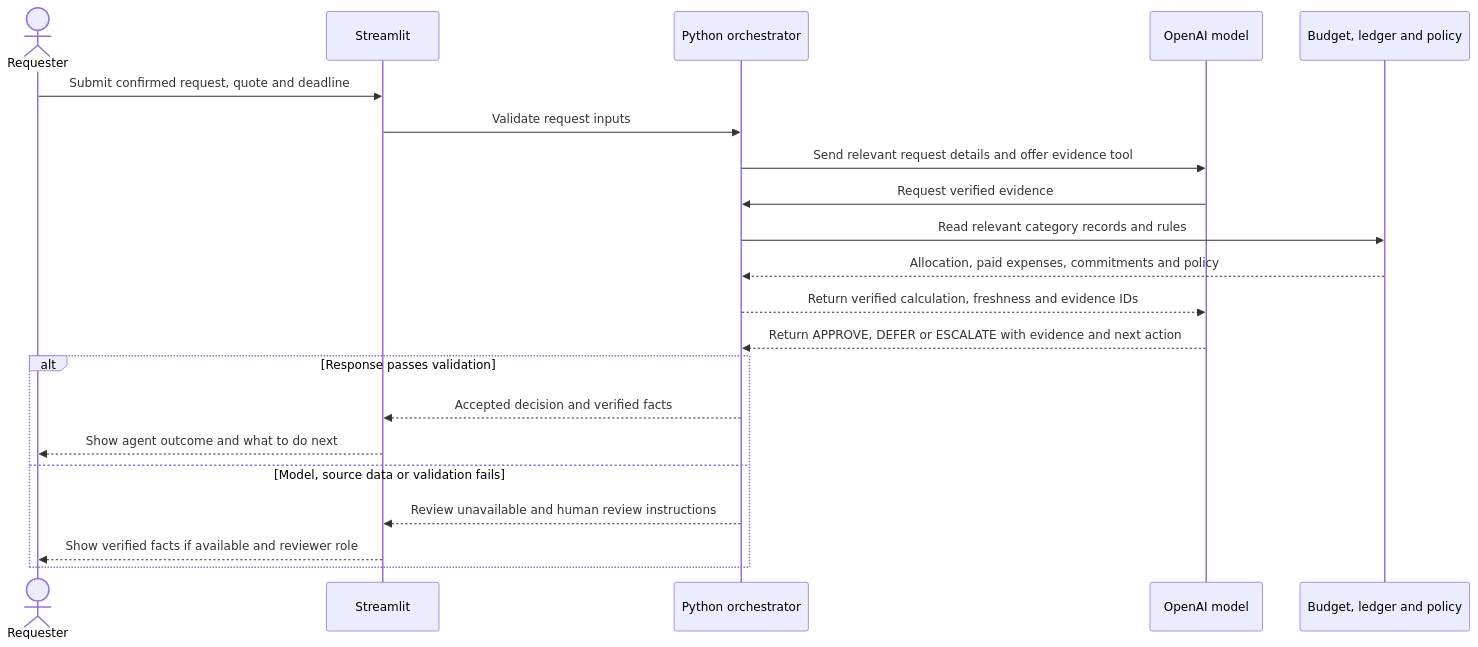
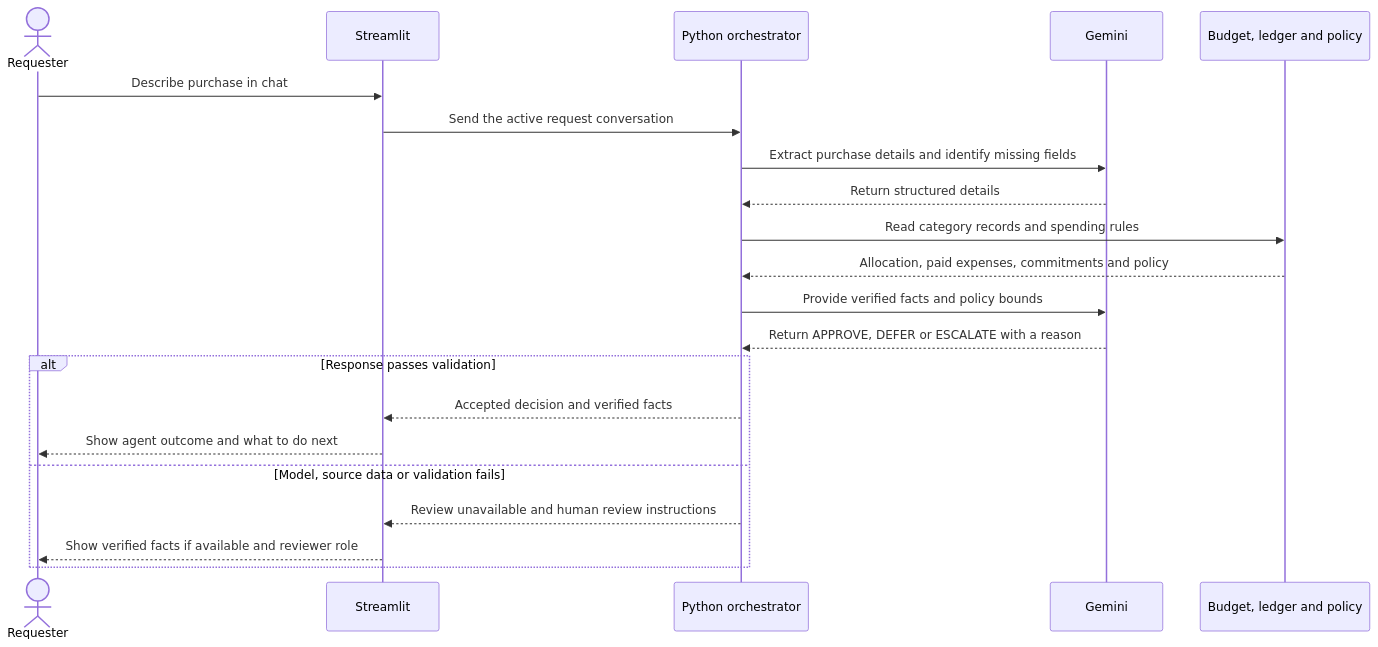
The fourth of 4 diagrams in README.md (tom4247/Campus-spending-review-agent), drawn with Mermaid before and after one commit. The commit also changed other lines of this file and 6 other files, not shown here.

Commit message:
Add Gemini purchase review chat

````diff
--- a/README.md
+++ b/README.md
@@ -104,23 +105,23 @@
 ```mermaid
 sequenceDiagram
     actor Member as Requester
     participant UI as Streamlit
     participant Host as Python orchestrator
-    participant AI as OpenAI model
+    participant AI as Gemini
     participant Data as Budget, ledger and policy
-    Member->>UI: Submit confirmed request, quote and deadline
-    UI->>Host: Validate request inputs
-    Host->>AI: Send relevant request details and offer evidence tool
-    AI->>Host: Request verified evidence
-    Host->>Data: Read relevant category records and rules
+    Member->>UI: Describe purchase in chat
+    UI->>Host: Send the active request conversation
+    Host->>AI: Extract purchase details and identify missing fields
+    AI-->>Host: Return structured details
+    Host->>Data: Read category records and spending rules
     Data-->>Host: Allocation, paid expenses, commitments and policy
-    Host-->>AI: Return verified calculation, freshness and evidence IDs
-    AI-->>Host: Return APPROVE, DEFER or ESCALATE with evidence and next action
+    Host->>AI: Provide verified facts and policy bounds
+    AI-->>Host: Return APPROVE, DEFER or ESCALATE with a reason
     alt Response passes validation
         Host-->>UI: Accepted decision and verified facts
         UI-->>Member: Show agent outcome and what to do next
     else Model, source data or validation fails
         Host-->>UI: Review unavailable and human review instructions
         UI-->>Member: Show verified facts if available and reviewer role
     end
 ```
````
